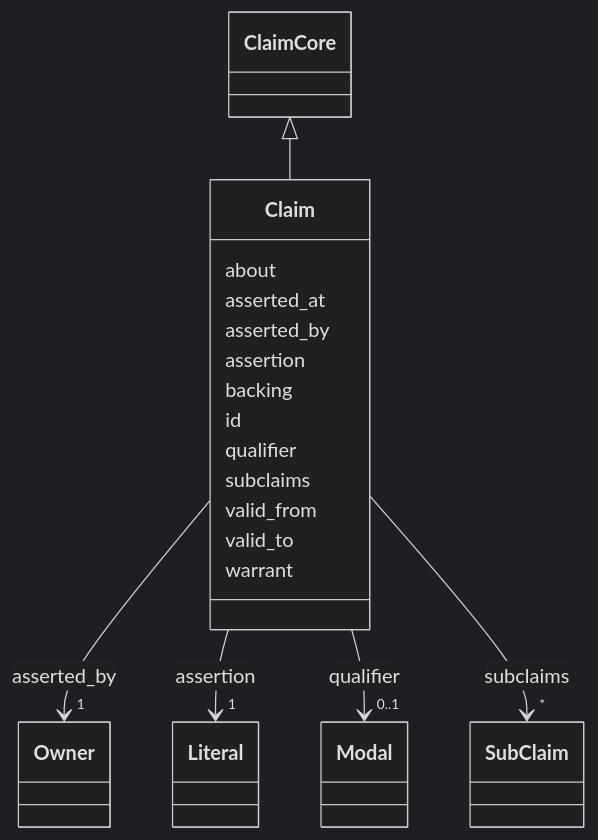
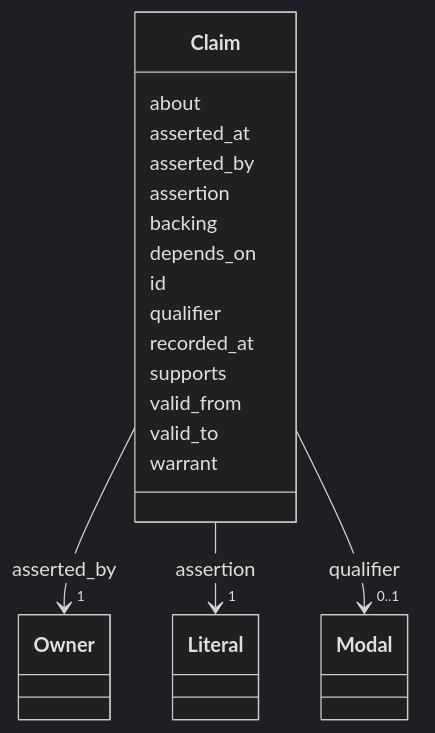
One commit to matthiasautrata/llm-policy-reasoning changed the diagram in spikes/v3/v3a-prolog/linkml/docs/schema/Claim.md. Above: the diagram before and after it, drawn with Mermaid (dark theme). The commit also changed other lines of this file and 64 other files, not shown here.

````diff
--- a/spikes/v3/v3a-prolog/linkml/docs/schema/Claim.md
+++ b/spikes/v3/v3a-prolog/linkml/docs/schema/Claim.md
@@ -18,67 +23,59 @@
 ```mermaid
  classDiagram
     class Claim
     click Claim href "../Claim/"
-      ClaimCore <|-- Claim
-        click ClaimCore href "../ClaimCore/"
-      
       Claim : about
         
       Claim : asserted_at
         
       Claim : asserted_by
         
           
     
         
         
         Claim --> "1" Owner : asserted_by
         click Owner href "../Owner/"
     
 
         
       Claim : assertion
         
           
     
         
         
         Claim --> "1" Literal : assertion
         click Literal href "../Literal/"
     
 
         
       Claim : backing
         
+      Claim : depends_on
+        
       Claim : id
         
       Claim : qualifier
         
           
     
         
         
         Claim --> "0..1" Modal : qualifier
         click Modal href "../Modal/"
     
 
         
-      Claim : subclaims
+      Claim : recorded_at
         
-          
-    
-        
-        
-        Claim --> "*" SubClaim : subclaims
-        click SubClaim href "../SubClaim/"
-    
-
+      Claim : supports
         
       Claim : valid_from
         
       Claim : valid_to
         
       Claim : warrant
         
       
 ```
````
